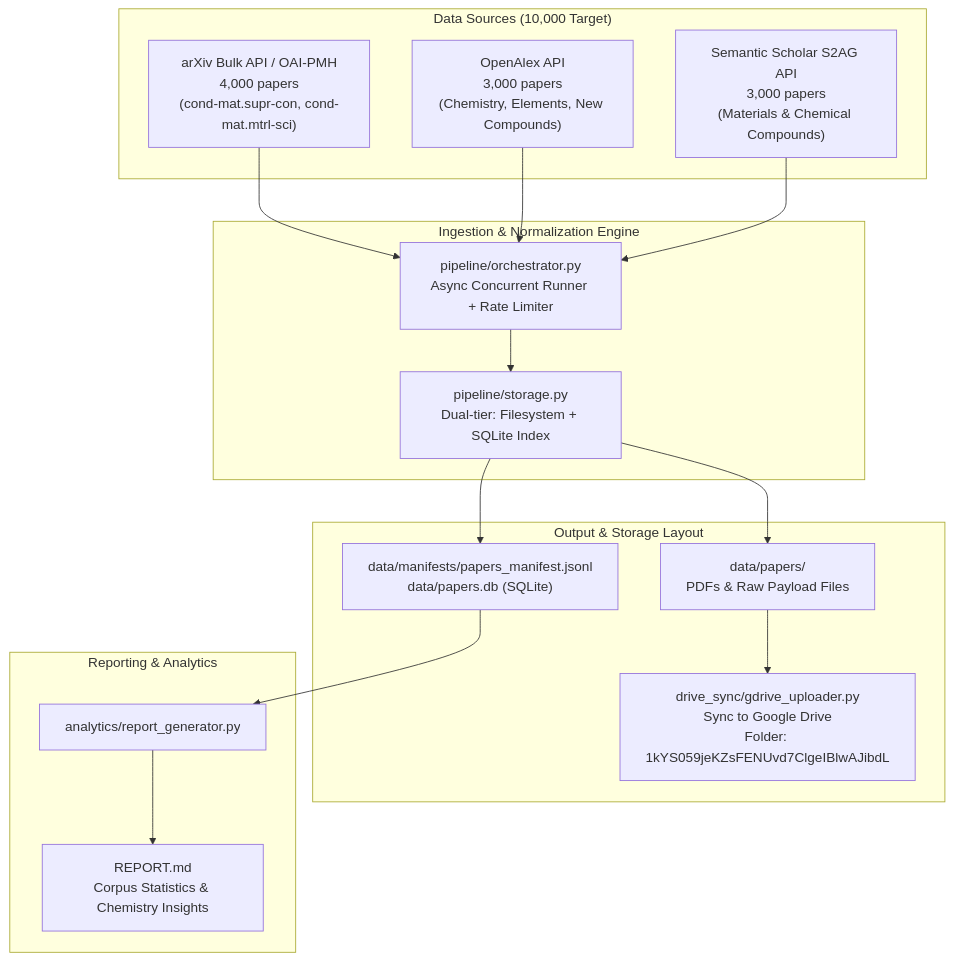
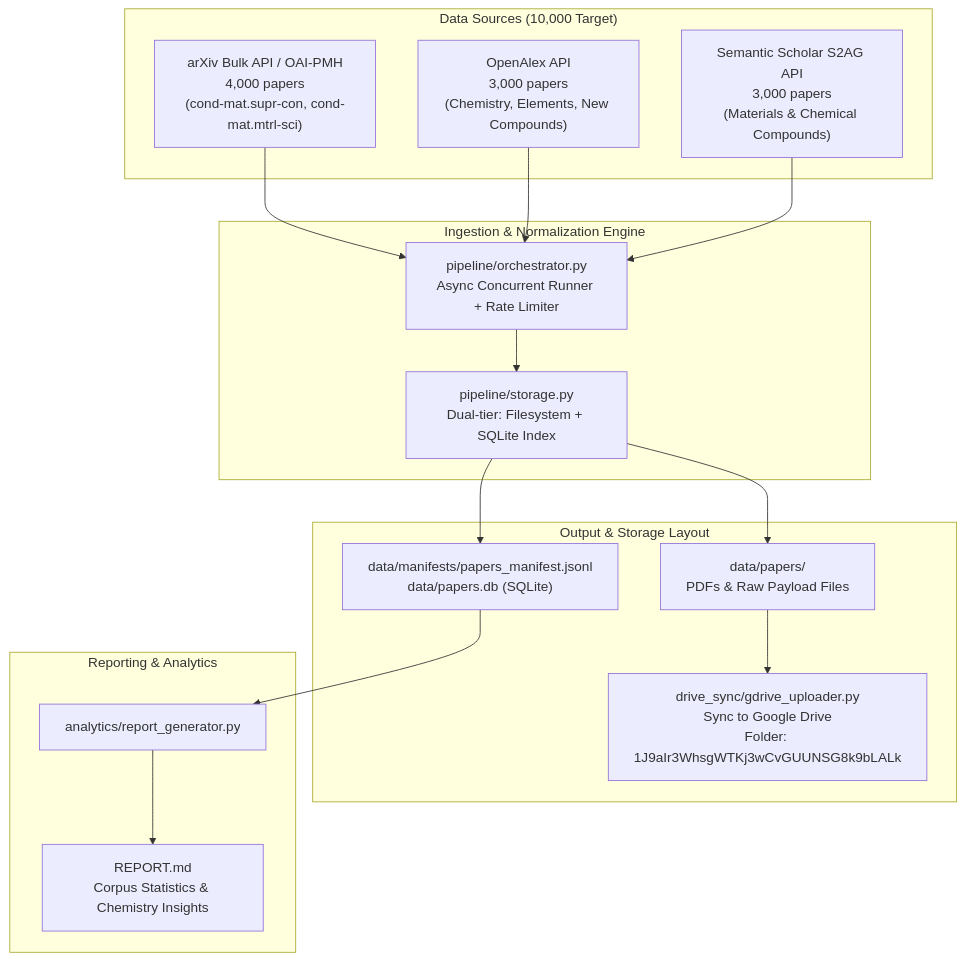
Before and after one commit to RYuK006/Research_Paper_Based_Model: the diagram in README.md, drawn with Mermaid. The commit also changed other lines of this file, not shown here.

Commit message:
docs: update Google Drive folder to 1J9aIr3WhsgWTKj3wCvGUUNSG8k9bLALk and link active Colab notebook

````diff
--- a/README.md
+++ b/README.md
@@ -25,36 +25,36 @@
 ```mermaid
 flowchart TD
     subgraph DataSources["Data Sources (10,000 Target)"]
         ARXIV["arXiv Bulk API / OAI-PMH<br/>4,000 papers<br/>(cond-mat.supr-con, cond-mat.mtrl-sci)"]
         OPENALEX["OpenAlex API<br/>3,000 papers<br/>(Chemistry, Elements, New Compounds)"]
         S2["Semantic Scholar S2AG API<br/>3,000 papers<br/>(Materials & Chemical Compounds)"]
     end
 
     subgraph Pipeline["Ingestion & Normalization Engine"]
         ORCH["pipeline/orchestrator.py<br/>Async Concurrent Runner + Rate Limiter"]
         STORE["pipeline/storage.py<br/>Dual-tier: Filesystem + SQLite Index"]
     end
 
     subgraph Storage["Output & Storage Layout"]
         LOCAL_PAPERS["data/papers/<br/>PDFs & Raw Payload Files"]
         LOCAL_META["data/manifests/papers_manifest.jsonl<br/>data/papers.db (SQLite)"]
-        GDRIVE["drive_sync/gdrive_uploader.py<br/>Sync to Google Drive<br/>Folder: 1kYS059jeKZsFENUvd7ClgeIBlwAJibdL"]
+        GDRIVE["drive_sync/gdrive_uploader.py<br/>Sync to Google Drive<br/>Folder: 1J9aIr3WhsgWTKj3wCvGUUNSG8k9bLALk"]
     end
 
     subgraph Analytics["Reporting & Analytics"]
         REP_GEN["analytics/report_generator.py"]
         FINAL_REP["REPORT.md<br/>Corpus Statistics & Chemistry Insights"]
     end
 
     ARXIV --> ORCH
     OPENALEX --> ORCH
     S2 --> ORCH
 
     ORCH --> STORE
     STORE --> LOCAL_PAPERS
     STORE --> LOCAL_META
 
     LOCAL_PAPERS --> GDRIVE
     LOCAL_META --> REP_GEN
     REP_GEN --> FINAL_REP
 ```
````
